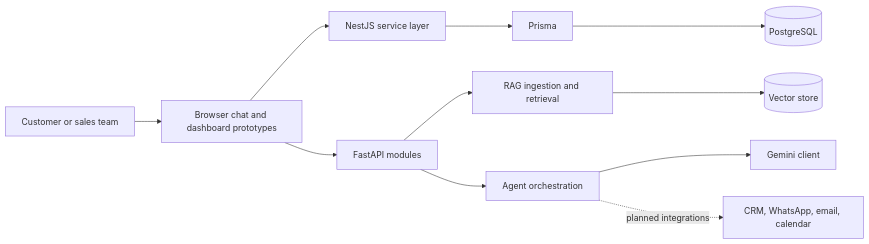
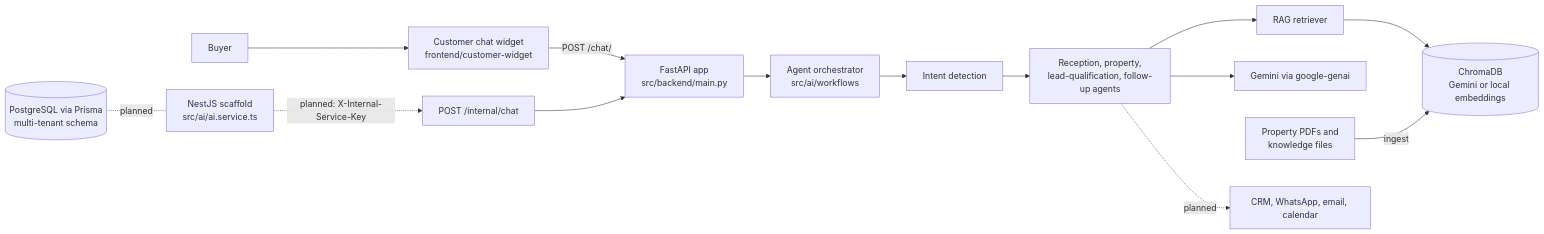
Before and after one commit to Cod4Nitish/MRStay_AI: the diagram in README.md, drawn with Mermaid. The commit also changed other lines of this file and 1 other file, not shown here.

````diff
--- a/README.md
+++ b/README.md
@@ -14,13 +18,16 @@
 ```mermaid
 flowchart LR
-    C[Customer or sales team] --> UI[Browser chat and dashboard prototypes]
-    UI --> N[NestJS service layer]
-    UI --> F[FastAPI modules]
-    N --> P[Prisma]
-    P --> DB[(PostgreSQL)]
-    F --> R[RAG ingestion and retrieval]
-    R --> V[(Vector store)]
-    F --> A[Agent orchestration]
-    A --> L[Gemini client]
-    A -. planned integrations .-> X[CRM, WhatsApp, email, calendar]
+    B[Buyer] --> W[Customer chat widget<br/>frontend/customer-widget]
+    W -->|POST /chat/| F[FastAPI app<br/>src/backend/main.py]
+    F --> O[Agent orchestrator<br/>src/ai/workflows]
+    O --> I[Intent detection]
+    I --> AG[Reception, property,<br/>lead-qualification, follow-up agents]
+    AG --> R[RAG retriever]
+    R --> V[(ChromaDB<br/>Gemini or local embeddings)]
+    AG --> G[Gemini via google-genai]
+    D[Property PDFs and<br/>knowledge files] -->|ingest| V
+    N[NestJS scaffold<br/>src/ai/ai.service.ts] -. planned: X-Internal-Service-Key .-> IC[POST /internal/chat]
+    IC --> F
+    P[(PostgreSQL via Prisma<br/>multi-tenant schema)] -. planned .- N
+    AG -. planned .-> X[CRM, WhatsApp, email, calendar]
 ```
````
